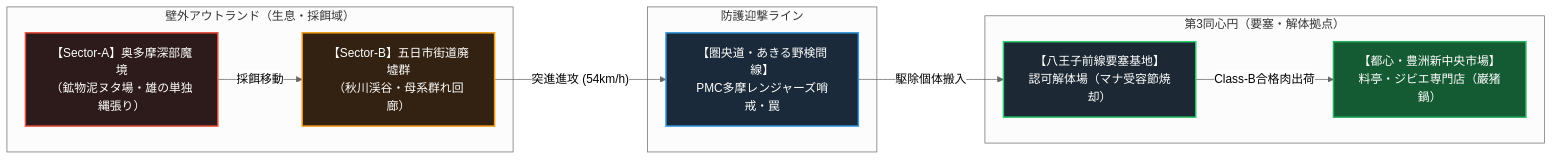
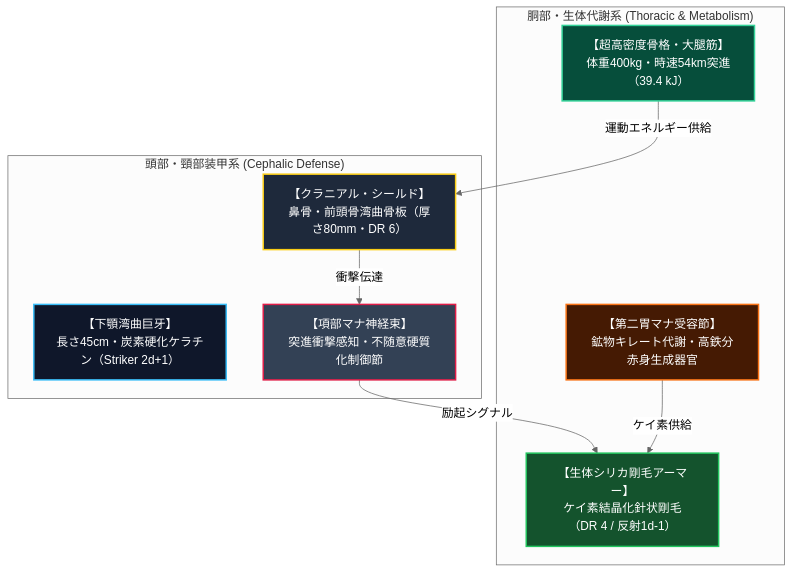
The first of 3 diagrams in creatures/001_crag_boar.md (takenoriohno-cloud/world-building), drawn with Mermaid (neutral theme) before and after one commit. The commit also changed other lines of this file and 10 other files, not shown here.

````diff
--- a/creatures/001_crag_boar.md
+++ b/creatures/001_crag_boar.md
@@ -63,19 +124,25 @@
 ```mermaid
-graph LR
-    subgraph "壁外アウトランド（生息・採餌域）"
-        A["【Sector-A】奥多摩深部魔境<br>（鉱物泥ヌタ場・雄の単独縄張り）"] -->|"採餌移動"| B["【Sector-B】五日市街道廃墟群<br>（秋川渓谷・母系群れ回廊）"]
+flowchart TD
+    subgraph "頭部・頸部装甲系 (Cephalic Defense)"
+        A["【クラニアル・シールド】<br>鼻骨・前頭骨湾曲骨板（厚さ80mm・DR 6）"]
+        B["【下顎湾曲巨牙】<br>長さ45cm・炭素硬化ケラチン（Striker 2d+1）"]
+        C["【項部マナ神経束】<br>突進衝撃感知・不随意硬質化制御節"]
     end
-    subgraph "防護迎撃ライン"
-        B -->|"突進進攻 (54km/h)"| W["【圏央道・あきる野検問線】<br>PMC多摩レンジャーズ哨戒・罠"]
-    end
-    subgraph "第3同心円（要塞・解体拠点）"
-        W -->|"駆除個体搬入"| H["【八王子前線要塞基地】<br>認可解体場（マナ受容節焼却）"]
-        H -->|"Class-B合格肉出荷"| T["【都心・豊洲新中央市場】<br>料亭・ジビエ専門店（巌猪鍋）"]
+    subgraph "胴部・生体代謝系 (Thoracic & Metabolism)"
+        D["【生体シリカ剛毛アーマー】<br>ケイ素結晶化針状剛毛（DR 4 / 反射1d-1）"]
+        E["【第二胃マナ受容節】<br>鉱物キレート代謝・高鉄分赤身生成器官"]
+        F["【超高密度骨格・大腿筋】<br>体重400kg・時速54km突進（39.4 kJ）"]
     end
 
-    style A fill:#2d1a1a,stroke:#e74c3c,stroke-width:2px,color:#ffffff;
-    style B fill:#332211,stroke:#f39c12,stroke-width:2px,color:#ffffff;
-    style W fill:#1a2a3a,stroke:#3498db,stroke-width:2px,color:#ffffff;
-    style H fill:#1c2833,stroke:#2ecc71,stroke-width:2px,color:#ffffff;
-    style T fill:#145a32,stroke:#27ae60,stroke-width:2px,color:#ffffff;
+    A -->|"衝撃伝達"| C
+    C -->|"励起シグナル"| D
+    E -->|"ケイ素供給"| D
+    F -->|"運動エネルギー供給"| A
+
+    style A fill:#1e293b,stroke:#facc15,stroke-width:2px,color:#ffffff;
+    style B fill:#0f172a,stroke:#38bdf8,stroke-width:2px,color:#ffffff;
+    style C fill:#334155,stroke:#e11d48,stroke-width:2px,color:#ffffff;
+    style D fill:#14532d,stroke:#22c55e,stroke-width:2px,color:#ffffff;
+    style E fill:#451a03,stroke:#f97316,stroke-width:2px,color:#ffffff;
+    style F fill:#064e3b,stroke:#34d399,stroke-width:2px,color:#ffffff;
 ```
````
